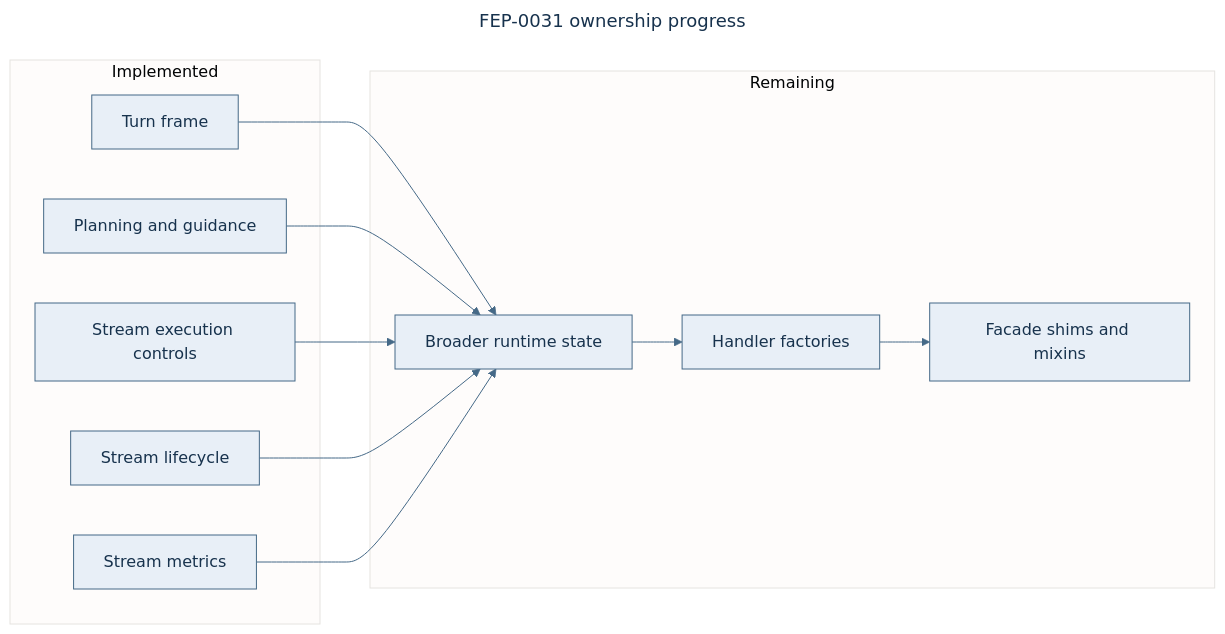
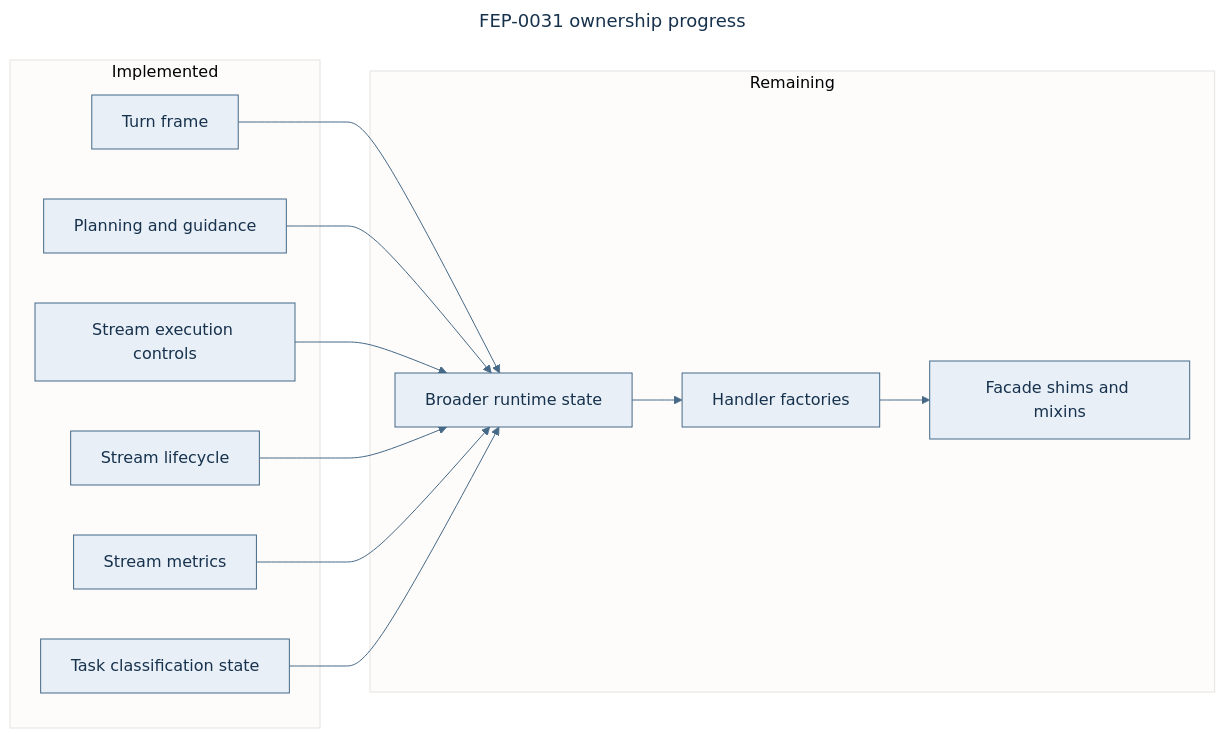
The second of 2 diagrams in docs/architecture/streaming-pipeline.md (anvai-labs/victor), drawn with Mermaid before and after one commit. The commit also changed other lines of this file and 7 other files, not shown here.

````diff
--- a/docs/architecture/streaming-pipeline.md
+++ b/docs/architecture/streaming-pipeline.md
@@ -90,25 +91,27 @@
 ```mermaid
 ---
 title: FEP-0031 ownership progress
 ---
 %%{init: {"theme":"base","themeVariables":{"primaryColor":"#E8EFF7","primaryTextColor":"#17324D","primaryBorderColor":"#456987","lineColor":"#456987","fontFamily":"Arial"}}}%%
 flowchart LR
   subgraph DONE["Implemented"]
     T["Turn frame"]
     P["Planning and guidance"]
     E["Stream execution controls"]
     L["Stream lifecycle"]
     X["Stream metrics"]
+    K["Task classification state"]
   end
   subgraph NEXT["Remaining"]
     S["Broader runtime state"]
     F["Handler factories"]
     M["Facade shims and mixins"]
   end
   T --> S
   P --> S
   E --> S
   L --> S
   X --> S
+  K --> S
   S --> F --> M
 ```
````
